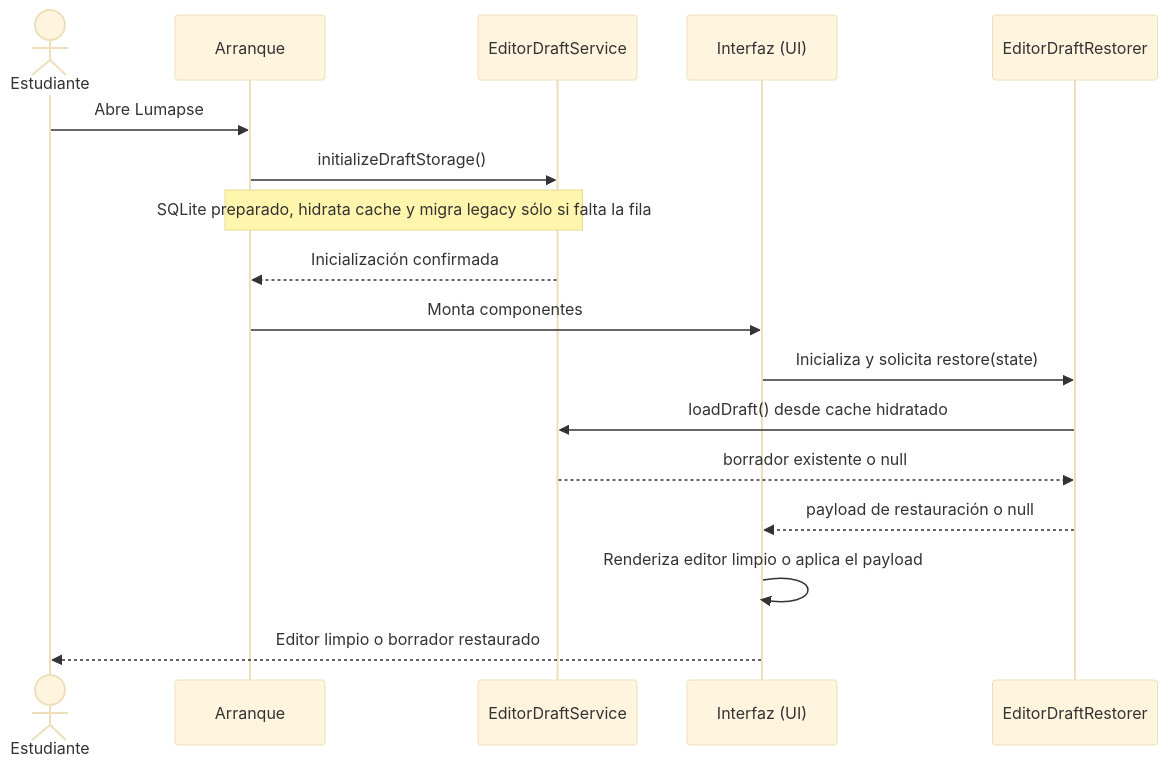
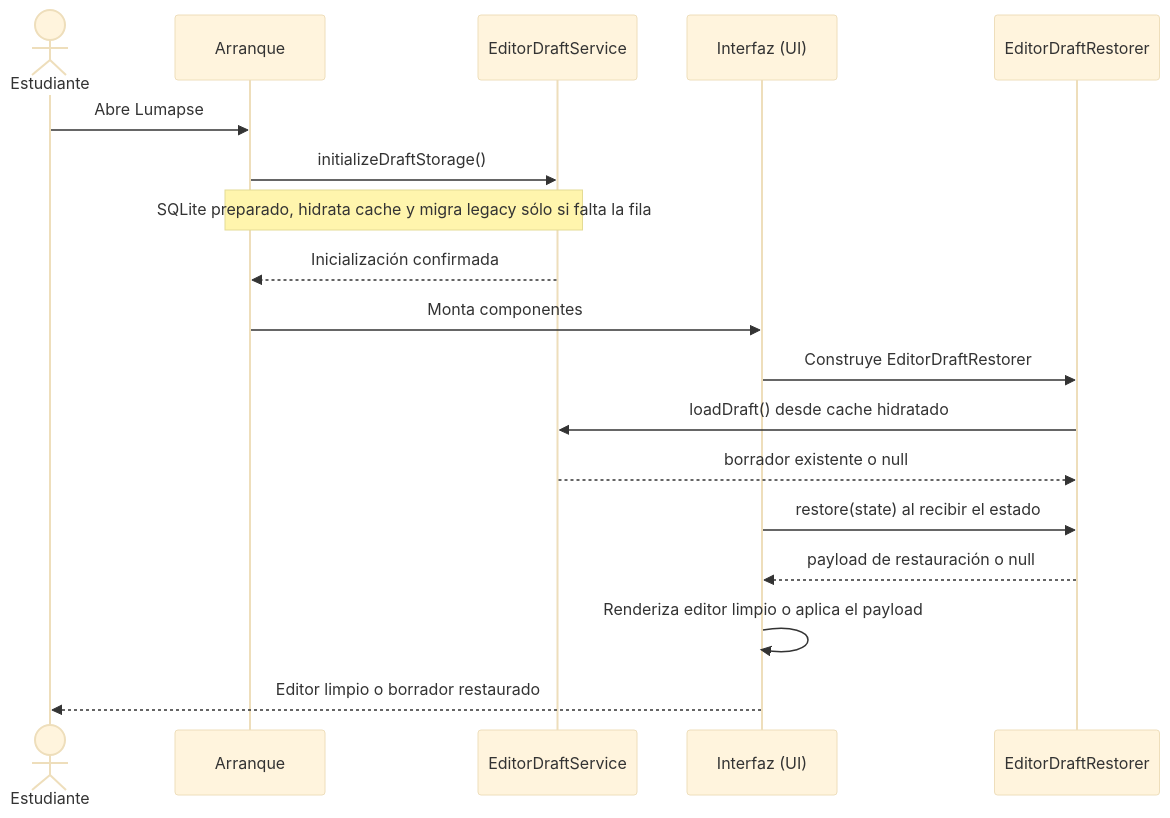
Before and after one commit to jdfesa/lumapse: the first of 6 diagrams in docs/diagramas/secuencia-crear-nota.md, drawn with Mermaid (base theme). The commit also changed other lines of this file and 14 other files, not shown here.

Commit message:
docs: align report diagrams with the frozen client

````diff
--- a/docs/diagramas/secuencia-crear-nota.md
+++ b/docs/diagramas/secuencia-crear-nota.md
@@ -27,20 +27,21 @@
 ```mermaid
 sequenceDiagram
     actor EST as Estudiante
     participant MAIN as Arranque
     participant DRAFT as EditorDraftService
     participant UI as Interfaz (UI)
     participant RESTORER as EditorDraftRestorer
 
     EST ->> MAIN: Abre Lumapse
     MAIN ->> DRAFT: initializeDraftStorage()
     Note over MAIN,DRAFT: SQLite preparado, hidrata cache y migra legacy sólo si falta la fila
     DRAFT -->> MAIN: Inicialización confirmada
     MAIN ->> UI: Monta componentes
-    UI ->> RESTORER: Inicializa y solicita restore(state)
+    UI ->> RESTORER: Construye EditorDraftRestorer
     RESTORER ->> DRAFT: loadDraft() desde cache hidratado
     DRAFT -->> RESTORER: borrador existente o null
+    UI ->> RESTORER: restore(state) al recibir el estado
     RESTORER -->> UI: payload de restauración o null
     UI ->> UI: Renderiza editor limpio o aplica el payload
     UI -->> EST: Editor limpio o borrador restaurado
 ```
````
